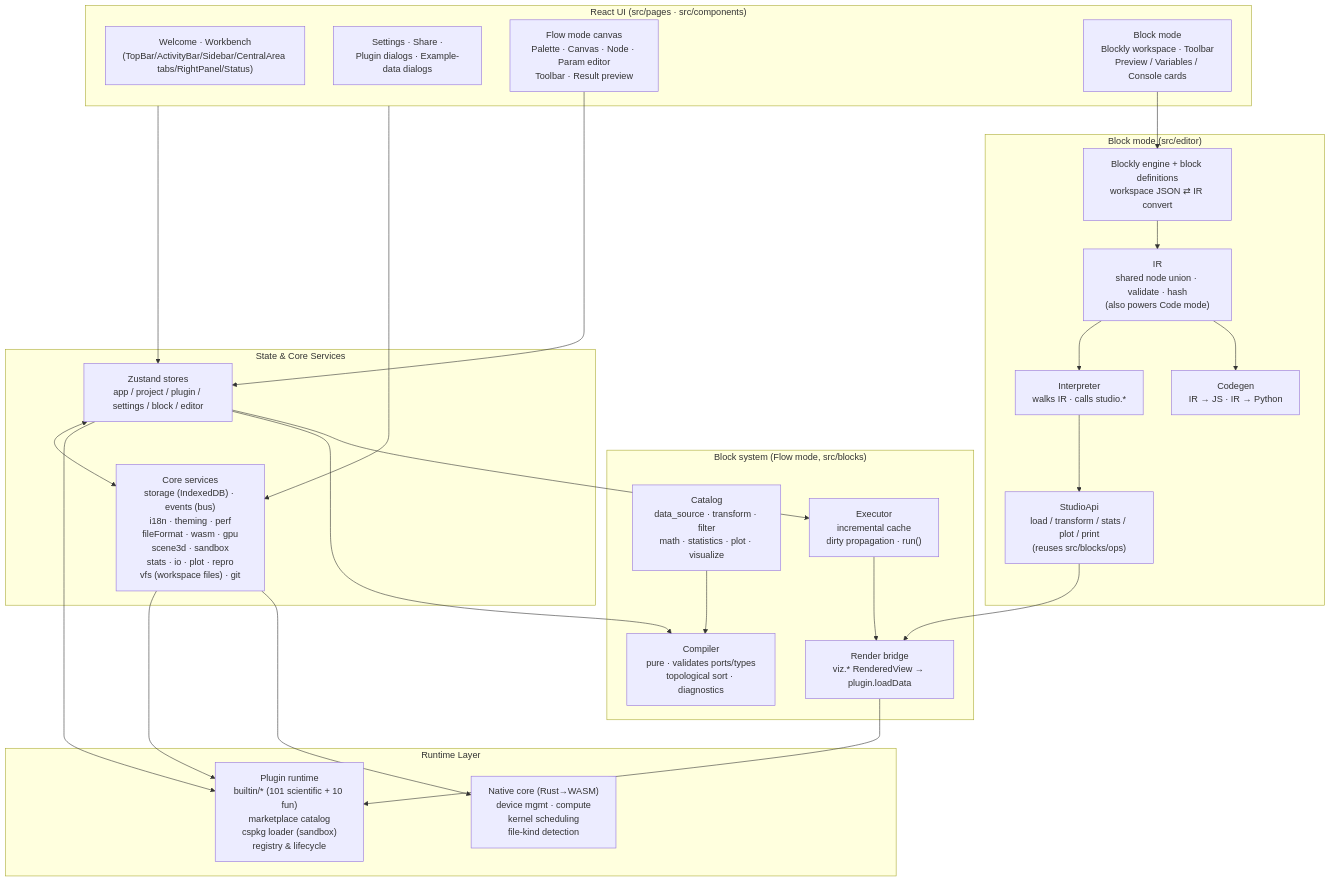
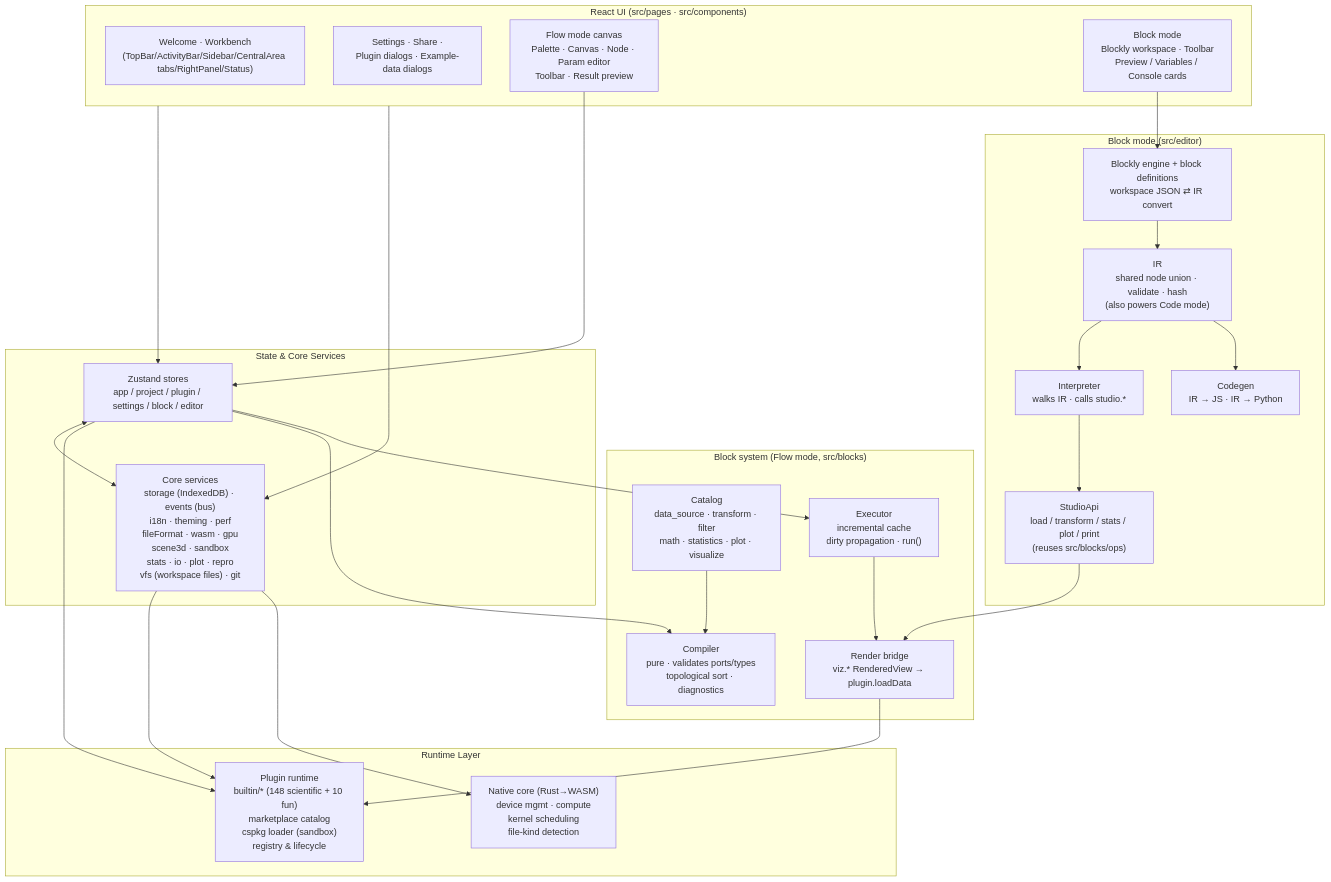
Before and after one commit to SnowLeopard-io/ErgalicsStudio: the diagram in docs/guide/architecture.md, drawn with Mermaid. The commit also changed 12 other files, not shown here.

````diff
--- a/docs/guide/architecture.md
+++ b/docs/guide/architecture.md
@@ -5,53 +5,53 @@
 ```mermaid
 flowchart TB
     subgraph UI["React UI (src/pages · src/components)"]
         A1["Welcome · Workbench<br/>(TopBar/ActivityBar/Sidebar/CentralArea tabs/RightPanel/Status)"]
         A2["Settings · Share ·<br/>Plugin dialogs · Example-data dialogs"]
         A3["Flow mode canvas<br/>Palette · Canvas · Node · Param editor<br/>Toolbar · Result preview"]
         A4["Block mode<br/>Blockly workspace · Toolbar<br/>Preview / Variables / Console cards"]
     end
 
     subgraph State["State & Core Services"]
         B1["Zustand stores<br/>app / project / plugin / settings / block / editor"]
         B2["Core services<br/>storage (IndexedDB) · events (bus)<br/>i18n · theming · perf<br/>fileFormat · wasm · gpu<br/>scene3d · sandbox<br/>stats · io · plot · repro<br/>vfs (workspace files) · git"]
     end
 
     subgraph Blocks["Block system (Flow mode, src/blocks)"]
         D1["Catalog<br/>data_source · transform · filter<br/>math · statistics · plot · visualize"]
         D2["Compiler<br/>pure · validates ports/types<br/>topological sort · diagnostics"]
         D3["Executor<br/>incremental cache<br/>dirty propagation · run()"]
         D4["Render bridge<br/>viz.* RenderedView → plugin.loadData"]
     end
 
     subgraph Editor["Block mode (src/editor)"]
         E1["IR<br/>shared node union · validate · hash<br/>(also powers Code mode)"]
         E2["Blockly engine + block definitions<br/>workspace JSON ⇄ IR convert"]
         E3["Interpreter<br/>walks IR · calls studio.*"]
         E4["Codegen<br/>IR → JS · IR → Python"]
         E5["StudioApi<br/>load / transform / stats / plot / print<br/>(reuses src/blocks/ops)"]
     end
 
     subgraph Runtime["Runtime Layer"]
-        C1["Plugin runtime<br/>builtin/* (101 scientific + 10 fun)<br/>marketplace catalog<br/>cspkg loader (sandbox)<br/>registry & lifecycle"]
+        C1["Plugin runtime<br/>builtin/* (148 scientific + 10 fun)<br/>marketplace catalog<br/>cspkg loader (sandbox)<br/>registry & lifecycle"]
         C2["Native core (Rust→WASM)<br/>device mgmt · compute<br/>kernel scheduling<br/>file-kind detection"]
     end
 
     UI --> B1
     UI --> B2
     B1 <--> B2
     B1 --> C1
     B2 --> C1
     B2 --> C2
     A3 --> B1
     B1 --> D2
     B1 --> D3
     D1 --> D2
     D3 --> D4
     D4 --> C1
     A4 --> E2
     E2 --> E1
     E1 --> E3
     E1 --> E4
     E3 --> E5
     E5 --> D4
 ```
````
